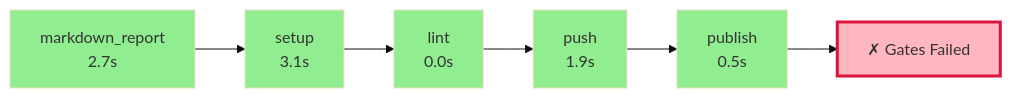
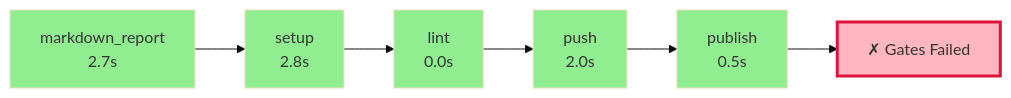
One commit to wronai/fixos changed the diagram in .pyqual/report.md. Above: the diagram before and after it, drawn with Mermaid (base theme). The commit also changed other lines of this file and 2 other files, not shown here.

````diff
--- a/.pyqual/report.md
+++ b/.pyqual/report.md
@@ -10,20 +10,20 @@
 ```mermaid
 flowchart LR
     S0["markdown_report<br/>2.7s"]
     style S0 fill:#90EE90
-    S1["setup<br/>3.1s"]
+    S1["setup<br/>2.8s"]
     style S1 fill:#90EE90
     S0 --> S1
     S2["lint<br/>0.0s"]
     style S2 fill:#90EE90
     S1 --> S2
-    S3["push<br/>1.9s"]
+    S3["push<br/>2.0s"]
     style S3 fill:#90EE90
     S2 --> S3
     S4["publish<br/>0.5s"]
     style S4 fill:#90EE90
     S3 --> S4
     G["✗ Gates Failed"]
     style G fill:#FFB6C1,stroke:#DC143C,stroke-width:3px
     S4 --> G
 ```
````
